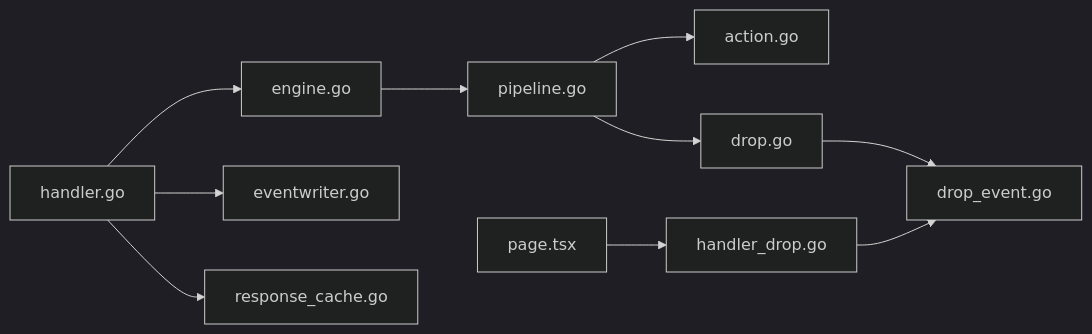
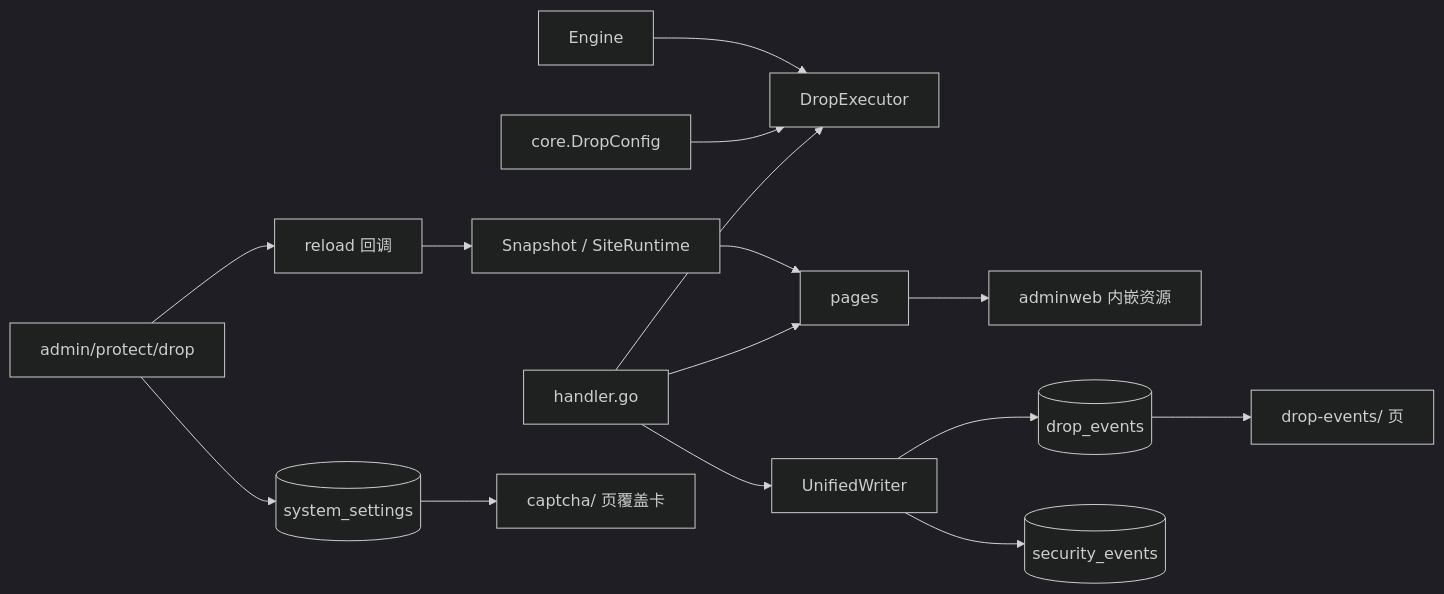
Before and after one commit to x01n/My-OpenWaf: the fourth of 4 diagrams in docs/安全防护功能/阻断机制.md, drawn with Mermaid (dark theme). The commit also changed other lines of this file and 622 other files, not shown here.

````diff
--- a/docs/安全防护功能/阻断机制.md
+++ b/docs/安全防护功能/阻断机制.md
@@ -358,12 +370,17 @@
 ```mermaid
 graph LR
-Handler["handler.go"] --> Engine["engine.go"]
-Engine --> Pipeline["pipeline.go"]
-Pipeline --> Action["action.go"]
-Pipeline --> DropExec["drop.go"]
-DropExec --> DropRepo["drop_event.go"]
-Handler --> EventWriter["eventwriter.go"]
-Handler --> RespCache["response_cache.go"]
-AdminDrop["handler_drop.go"] --> DropRepo
-FrontendDrop["page.tsx"] --> AdminDrop
+ENG["Engine"] --> DE["DropExecutor"]
+CFG["core.DropConfig"] --> DE
+SNAP["Snapshot / SiteRuntime"] --> PG["pages"]
+PG --> AW["adminweb 内嵌资源"]
+HD["handler.go"] --> DE
+HD --> PG
+HD --> UW["UnifiedWriter"]
+UW --> DER[("drop_events")]
+UW --> SEE[("security_events")]
+APIH["admin/protect/drop"] --> SS[("system_settings")]
+APIH --> RL["reload 回调"]
+RL --> SNAP
+DER --> FEP["drop-events/ 页"]
+SS --> FEA["captcha/ 页覆盖卡"]
 ```
````
